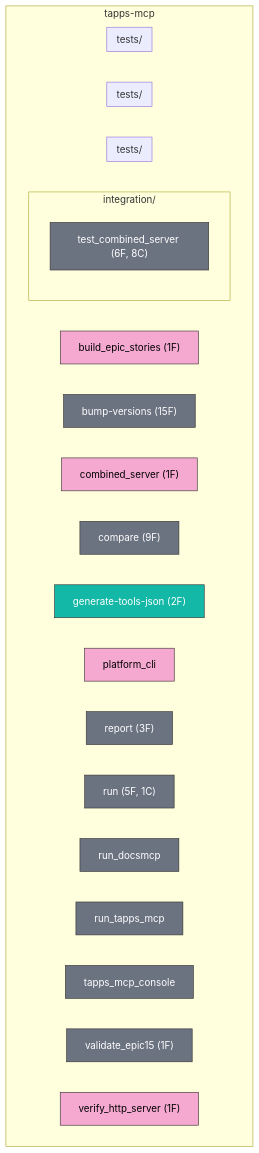
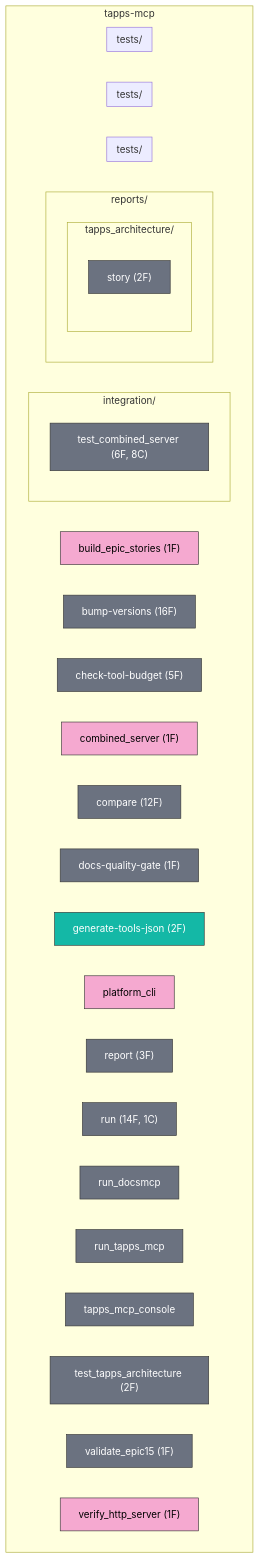
The diagram in docs/diagrams/03-module-map.md (wtthornton/TappsMCP), drawn with Mermaid before and after one commit. The commit also changed 9 other files, not shown here.

First line of the commit message:
docs: phase-2 refresh — architecture, diagrams, memory tutorial

````diff
--- a/docs/diagrams/03-module-map.md
+++ b/docs/diagrams/03-module-map.md
@@ -7,31 +7,39 @@
 ```mermaid
 graph TD
     subgraph tapps_mcp["tapps-mcp"]
         scripts_build_epic_stories_py["build_epic_stories (1F)"]:::presentation
-        scripts_bump_versions_py["bump-versions (15F)"]:::infra
+        scripts_bump_versions_py["bump-versions (16F)"]:::infra
+        scripts_check_tool_budget_py["check-tool-budget (5F)"]:::infra
         examples_combined_server_py["combined_server (1F)"]:::presentation
-        scripts_eval_descriptions_compare_py["compare (9F)"]:::infra
+        scripts_eval_descriptions_compare_py["compare (12F)"]:::infra
+        scripts_docs_quality_gate_py["docs-quality-gate (1F)"]:::infra
         scripts_generate_tools_json_py["generate-tools-json (2F)"]:::business
         subgraph tests_integration["integration/"]
             tests_integration_test_combined_server_py["test_combined_server (6F, 8C)"]:::infra
         end
         examples_platform_cli_py["platform_cli"]:::presentation
         scripts_eval_descriptions_report_py["report (3F)"]:::infra
-        scripts_eval_descriptions_run_py["run (5F, 1C)"]:::infra
+        subgraph reports["reports/"]
+            subgraph reports_tapps_architecture["tapps_architecture/"]
+                reports_tapps_architecture_story_py["story (2F)"]:::infra
+            end
+        end
+        scripts_eval_descriptions_run_py["run (14F, 1C)"]:::infra
         scripts_run_docsmcp_py["run_docsmcp"]:::infra
         scripts_run_tapps_mcp_py["run_tapps_mcp"]:::infra
         scripts_tapps_mcp_console_py["tapps_mcp_console"]:::infra
+        tests_reports_test_tapps_architecture_py["test_tapps_architecture (2F)"]:::infra
         subgraph packages_docs_mcp_tests["tests/"]
         end
         subgraph packages_tapps_core_tests["tests/"]
         end
         subgraph packages_tapps_mcp_tests["tests/"]
         end
         scripts_validate_epic15_py["validate_epic15 (1F)"]:::infra
         scripts_verify_http_server_py["verify_http_server (1F)"]:::presentation
     end
     classDef presentation fill:#F5A9D0,stroke:#333,color:#000
     classDef business fill:#14B8A6,stroke:#333,color:#fff
     classDef data fill:#9333EA,stroke:#333,color:#fff
     classDef infra fill:#6B7280,stroke:#333,color:#fff
 ```
````
